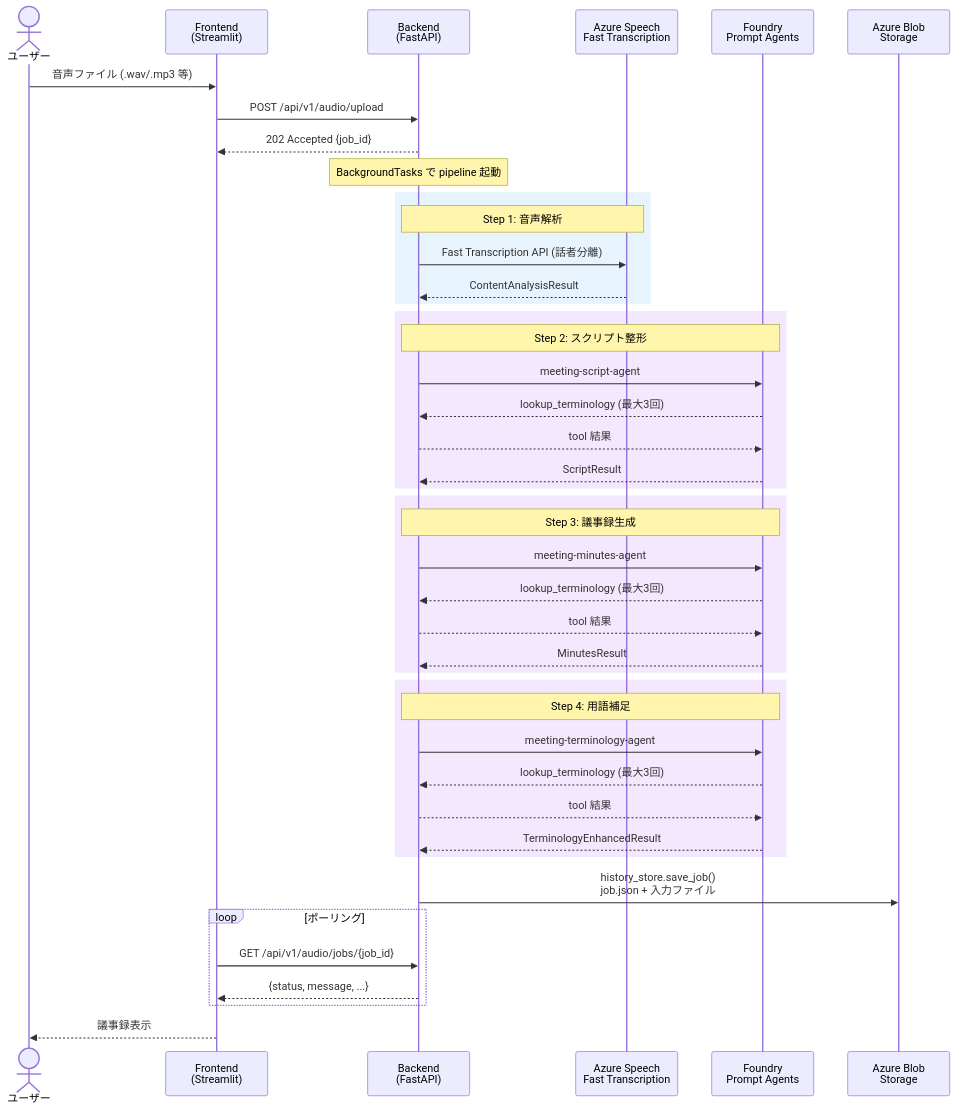
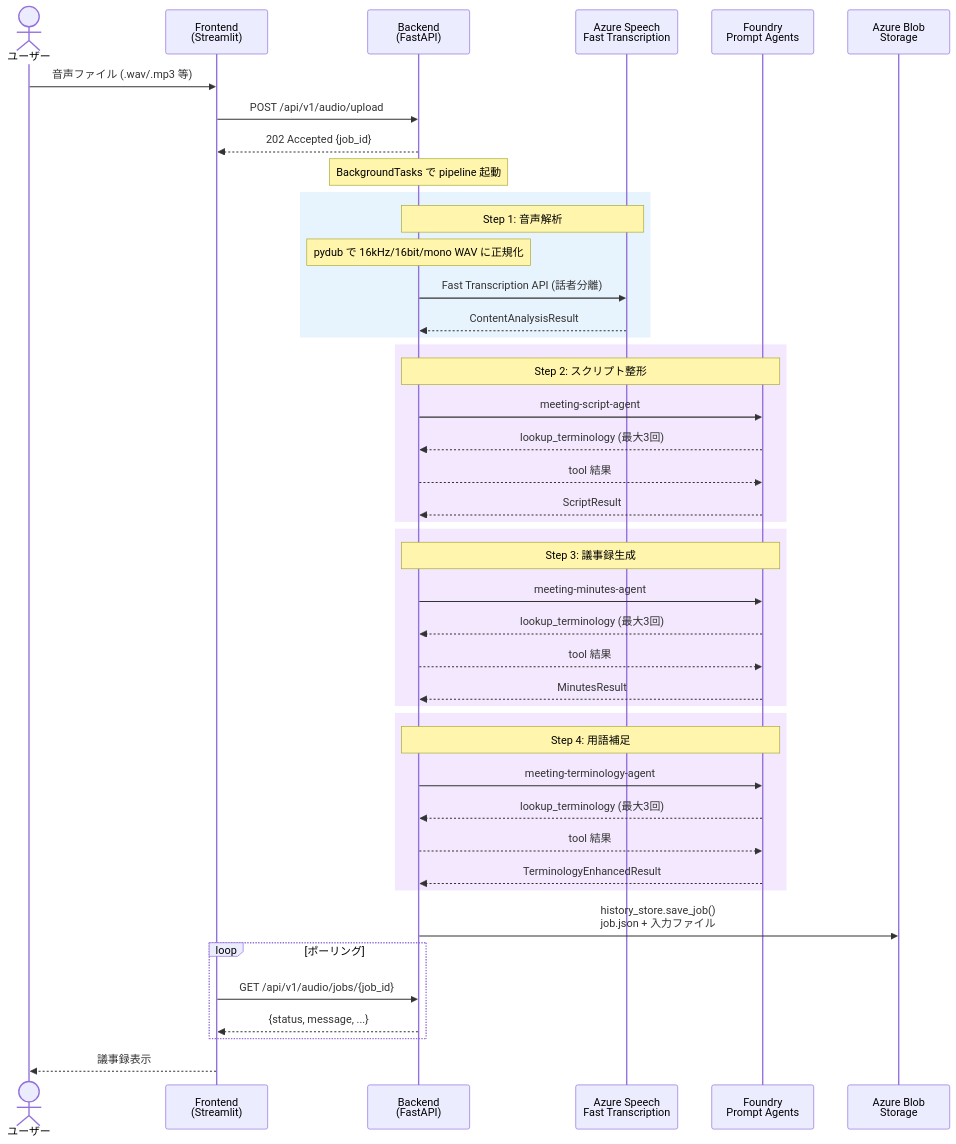
One commit to 0ht/meeting-minutes-agent changed the second of 10 diagrams in docs/system-design.md. Above: the diagram before and after it, drawn with Mermaid. The commit also changed other lines of this file and 1 other file, not shown here.

````diff
--- a/docs/system-design.md
+++ b/docs/system-design.md
@@ -176,54 +179,55 @@
 ```mermaid
 sequenceDiagram
     actor User as ユーザー
     participant FE as Frontend<br/>(Streamlit)
     participant BE as Backend<br/>(FastAPI)
     participant Speech as Azure Speech<br/>Fast Transcription
     participant Agent as Foundry<br/>Prompt Agents
     participant Blob as Azure Blob<br/>Storage
 
     User->>FE: 音声ファイル (.wav/.mp3 等)
     FE->>BE: POST /api/v1/audio/upload
     BE-->>FE: 202 Accepted {job_id}
 
     Note over BE: BackgroundTasks で pipeline 起動
 
     rect rgb(232, 244, 253)
         Note over BE,Speech: Step 1: 音声解析
+        Note over BE: pydub で 16kHz/16bit/mono WAV に正規化
         BE->>Speech: Fast Transcription API (話者分離)
         Speech-->>BE: ContentAnalysisResult
     end
 
     rect rgb(243, 232, 253)
         Note over BE,Agent: Step 2: スクリプト整形
         BE->>Agent: meeting-script-agent
         Agent-->>BE: lookup_terminology (最大3回)
         BE-->>Agent: tool 結果
         Agent-->>BE: ScriptResult
     end
 
     rect rgb(243, 232, 253)
         Note over BE,Agent: Step 3: 議事録生成
         BE->>Agent: meeting-minutes-agent
         Agent-->>BE: lookup_terminology (最大3回)
         BE-->>Agent: tool 結果
         Agent-->>BE: MinutesResult
     end
 
     rect rgb(243, 232, 253)
         Note over BE,Agent: Step 4: 用語補足
         BE->>Agent: meeting-terminology-agent
         Agent-->>BE: lookup_terminology (最大3回)
         BE-->>Agent: tool 結果
         Agent-->>BE: TerminologyEnhancedResult
     end
 
     BE->>Blob: history_store.save_job()<br/>job.json + 入力ファイル
 
     loop ポーリング
         FE->>BE: GET /api/v1/audio/jobs/{job_id}
         BE-->>FE: {status, message, ...}
     end
 
     FE-->>User: 議事録表示
 ```
````
